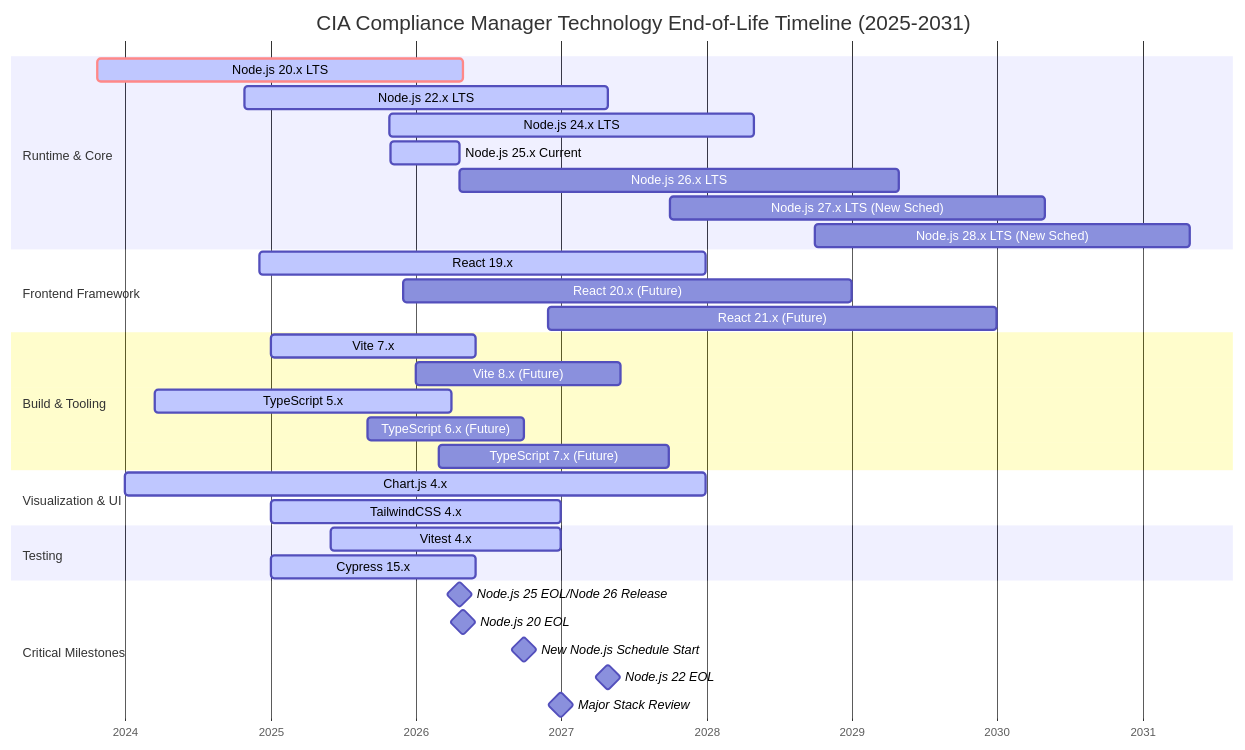
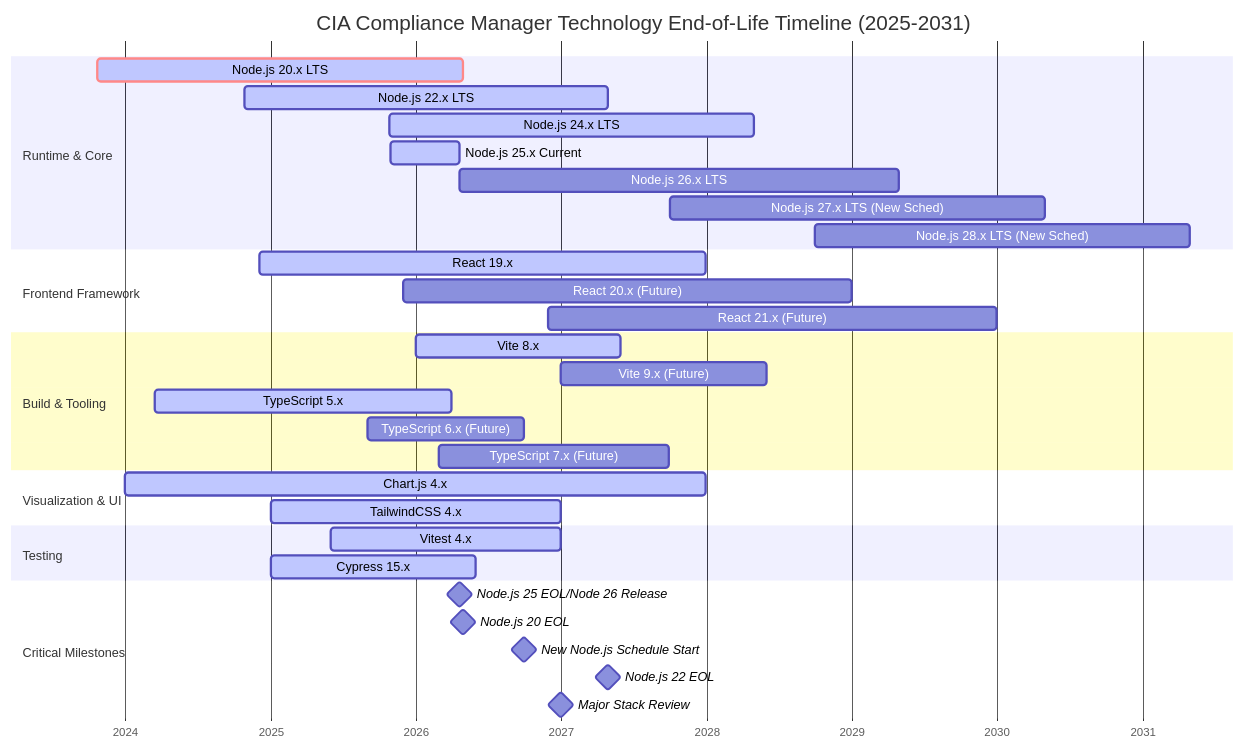
The fourth of 9 diagrams in docs/End-of-Life-Strategy.md (Hack23/cia-compliance-manager), drawn with Mermaid before and after one commit. The commit also changed other lines of this file and 1 other file, not shown here.

````diff
--- a/docs/End-of-Life-Strategy.md
+++ b/docs/End-of-Life-Strategy.md
@@ -341,42 +341,42 @@
 ```mermaid
 gantt
     title CIA Compliance Manager Technology End-of-Life Timeline (2025-2031)
     dateFormat YYYY-MM-DD
     axisFormat %Y
 
     section Runtime & Core
     Node.js 20.x LTS          :crit, active, node20, 2023-10-24, 2026-04-30
     Node.js 22.x LTS          :active, node22, 2024-10-29, 2027-04-30
     Node.js 24.x LTS          :active, node24, 2025-10-28, 2028-04-30
     Node.js 25.x Current      :active, node25, 2025-10-29, 2026-04-21
     Node.js 26.x LTS          :node26, 2026-04-21, 2029-04-30
     Node.js 27.x LTS (New Sched) :node27, 2027-10-01, 2030-04-30
     Node.js 28.x LTS (New Sched) :node28, 2028-10-01, 2031-04-30
 
     section Frontend Framework
     React 19.x                :active, react19, 2024-12-05, 2027-12-31
     React 20.x (Future)       :react20, 2025-12-01, 2028-12-31
     React 21.x (Future)       :react21, 2026-12-01, 2029-12-31
 
     section Build & Tooling
-    Vite 7.x                  :active, vite7, 2025-01-01, 2026-06-01
-    Vite 8.x (Future)         :vite8, 2026-01-01, 2027-06-01
+    Vite 8.x                  :active, vite8, 2026-01-01, 2027-06-01
+    Vite 9.x (Future)         :vite9, 2027-01-01, 2028-06-01
     TypeScript 5.x            :active, ts5, 2024-03-16, 2026-03-31
     TypeScript 6.x (Future)   :ts6, 2025-09-01, 2026-09-30
     TypeScript 7.x (Future)   :ts7, 2026-03-01, 2027-09-30
 
     section Visualization & UI
     Chart.js 4.x              :active, chartjs4, 2024-01-01, 2027-12-31
     TailwindCSS 4.x           :active, tailwind4, 2025-01-01, 2027-01-01
 
     section Testing
     Vitest 4.x                :active, vitest4, 2025-06-01, 2026-12-31
     Cypress 15.x              :active, cypress15, 2025-01-01, 2026-06-01
 
     section Critical Milestones
     Node.js 25 EOL/Node 26 Release:milestone, node25eol, 2026-04-21, 0d
     Node.js 20 EOL            :milestone, node20eol, 2026-04-30, 0d
     New Node.js Schedule Start :milestone, newschedstart, 2026-10-01, 0d
     Node.js 22 EOL            :milestone, node22eol, 2027-04-30, 0d
     Major Stack Review        :milestone, stackreview, 2027-01-01, 0d
 ```
````
